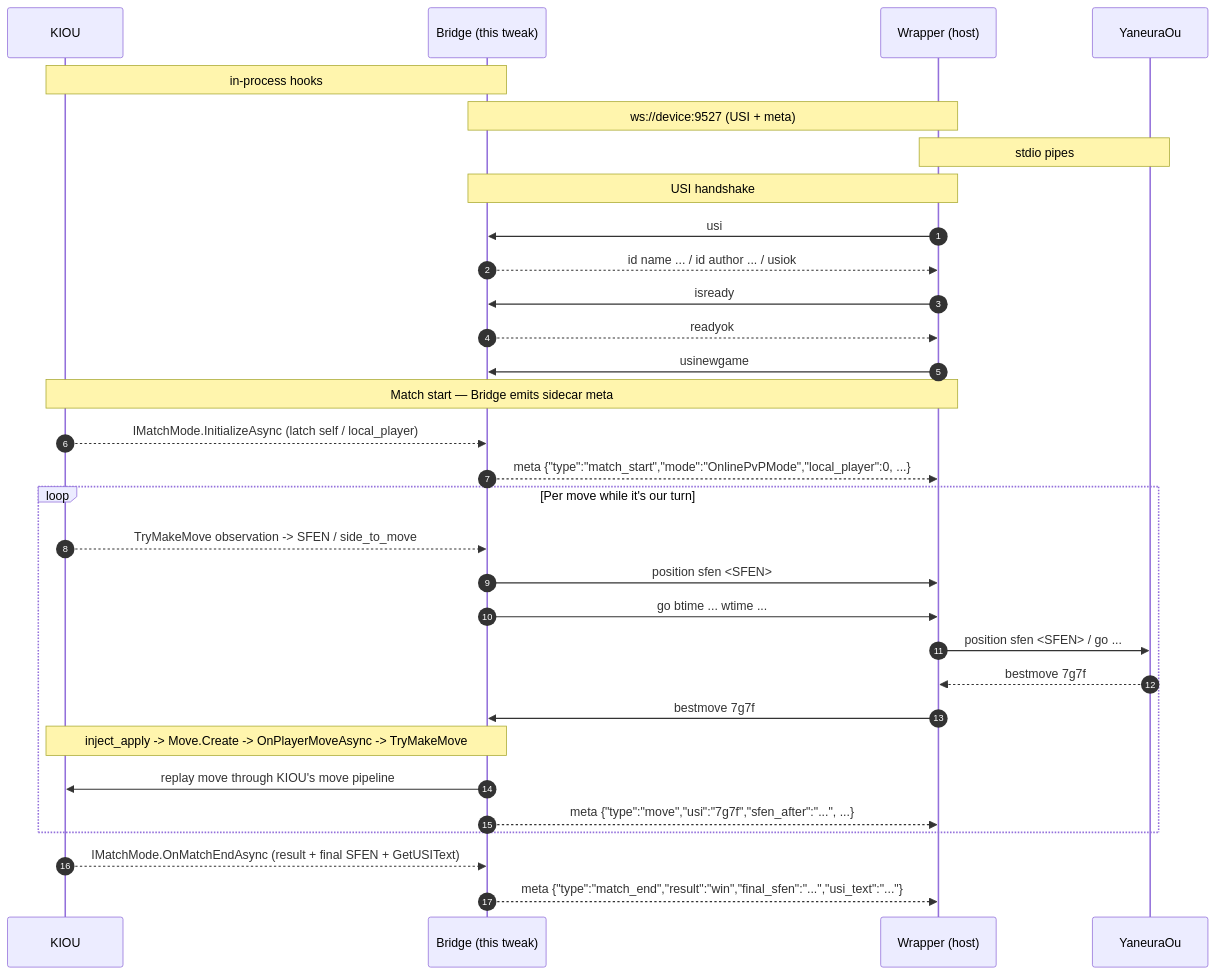
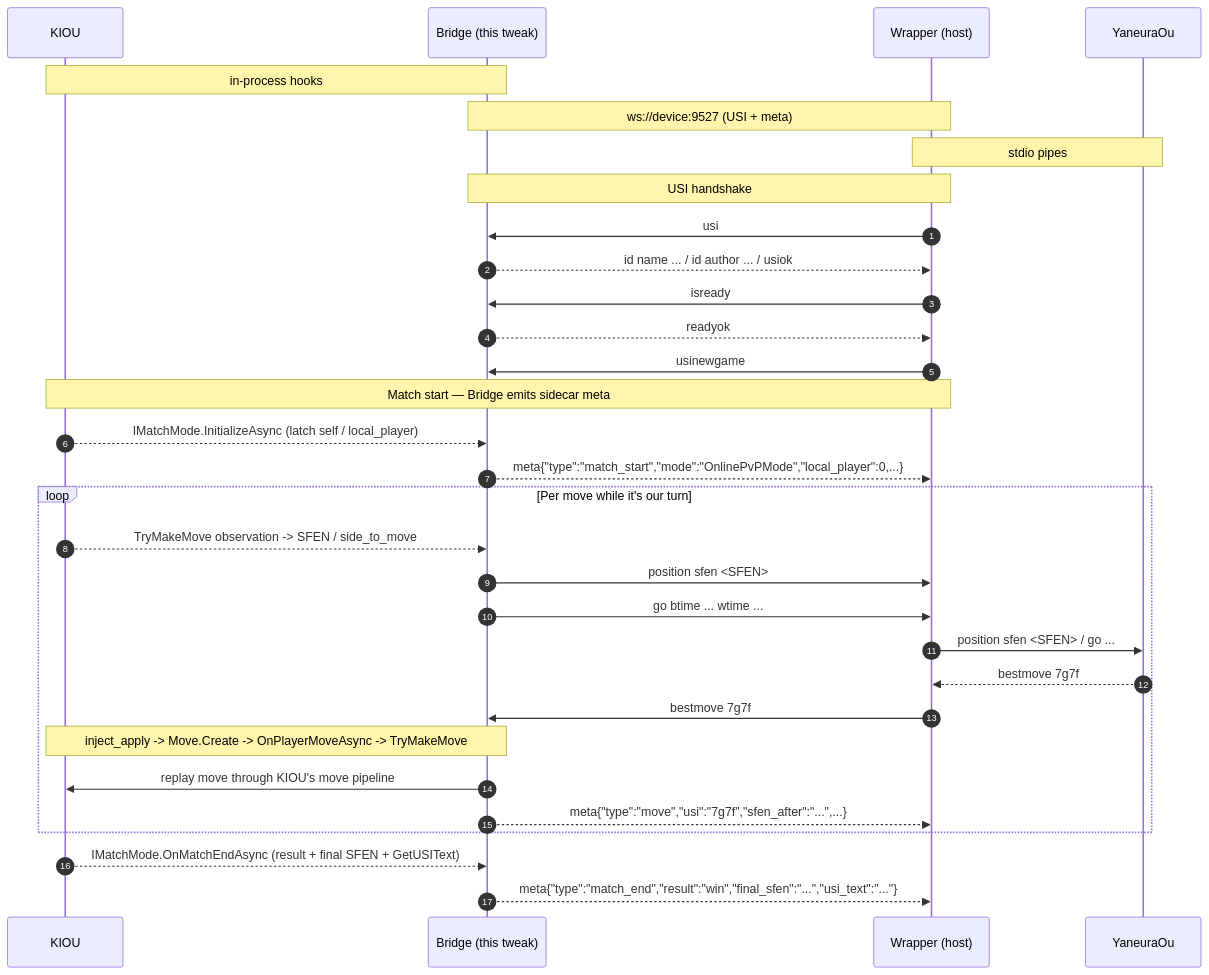
One commit to IPA-Patch/KiouEngineBridge changed the first of 2 diagrams in README.md. Above: the diagram before and after it, drawn with Mermaid. The commit also changed other lines of this file, not shown here.

First line of the commit message:
docs: drop trailing space from meta prefix in Mermaid diagram

````diff
--- a/README.md
+++ b/README.md
@@ -89,38 +89,38 @@
 ```mermaid
 sequenceDiagram
     autonumber
     participant K as KIOU
     participant B as Bridge (this tweak)
     participant W as Wrapper (host)
     participant E as YaneuraOu
 
     Note over K,B: in-process hooks
     Note over B,W: ws://device:9527 (USI + meta)
     Note over W,E: stdio pipes
 
     Note over B,W: USI handshake
     W->>B: usi
     B-->>W: id name ... / id author ... / usiok
     W->>B: isready
     B-->>W: readyok
     W->>B: usinewgame
 
     Note over K,W: Match start — Bridge emits sidecar meta
     K-->>B: IMatchMode.InitializeAsync (latch self / local_player)
-    B-->>W: meta {"type":"match_start","mode":"OnlinePvPMode","local_player":0, ...}
+    B-->>W: meta{"type":"match_start","mode":"OnlinePvPMode","local_player":0,...}
 
     loop Per move while it's our turn
         K-->>B: TryMakeMove observation -> SFEN / side_to_move
         B->>W: position sfen <SFEN>
         B->>W: go btime ... wtime ...
         W->>E: position sfen <SFEN> / go ...
         E-->>W: bestmove 7g7f
         W->>B: bestmove 7g7f
         Note over B,K: inject_apply -> Move.Create -> OnPlayerMoveAsync -> TryMakeMove
         B->>K: replay move through KIOU's move pipeline
-        B-->>W: meta {"type":"move","usi":"7g7f","sfen_after":"...", ...}
+        B-->>W: meta{"type":"move","usi":"7g7f","sfen_after":"...",...}
     end
 
     K-->>B: IMatchMode.OnMatchEndAsync (result + final SFEN + GetUSIText)
-    B-->>W: meta {"type":"match_end","result":"win","final_sfen":"...","usi_text":"..."}
+    B-->>W: meta{"type":"match_end","result":"win","final_sfen":"...","usi_text":"..."}
 ```
````
